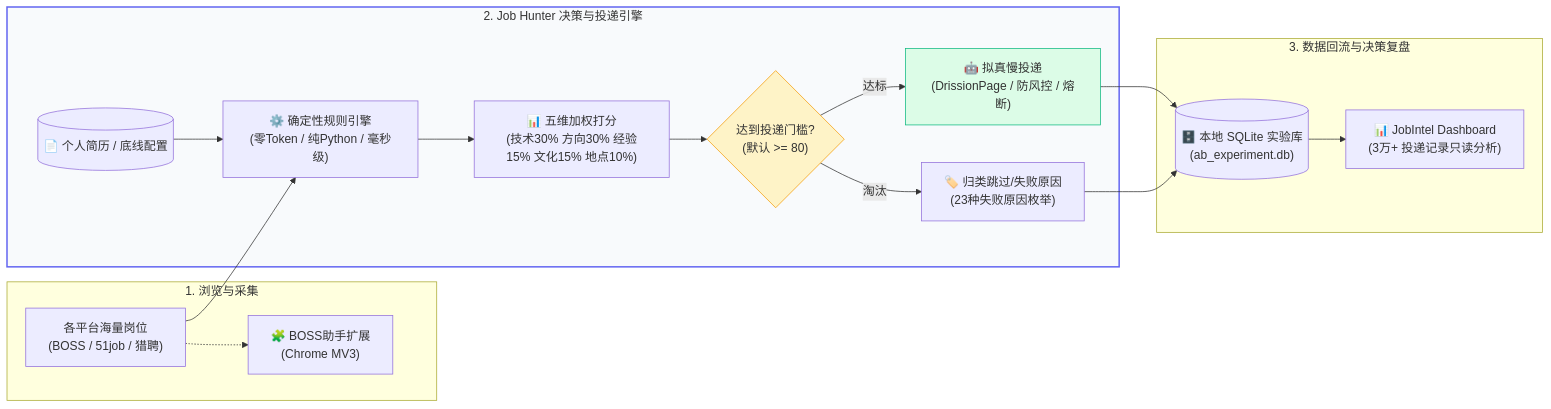
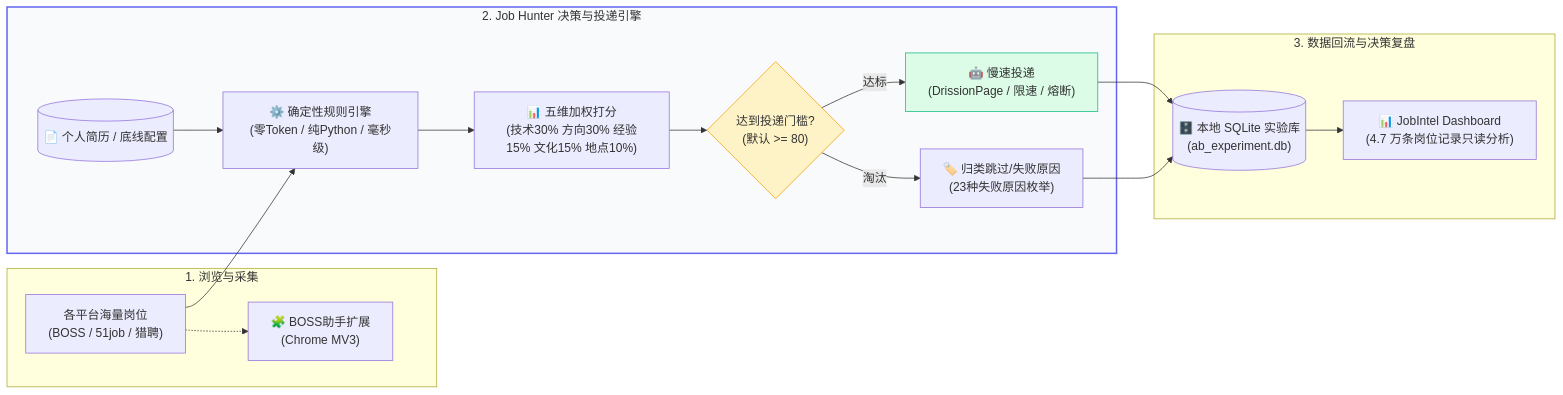
The diagram in README.md (Liooo0/job-hunter), drawn with Mermaid before and after one commit. The commit also changed other lines of this file, not shown here.

````diff
--- a/README.md
+++ b/README.md
@@ -39,36 +39,36 @@
 ```mermaid
 flowchart LR
     subgraph S1 ["1. 浏览与采集"]
         Ext["🧩 BOSS助手扩展<br/>(Chrome MV3)"]
         JD["各平台海量岗位<br/>(BOSS / 51job / 猎聘)"]
         JD -.-> Ext
     end
 
     subgraph S2 ["2. Job Hunter 决策与投递引擎"]
         Resume[("📄 个人简历 / 底线配置")]
         Engine["⚙️ 确定性规则引擎<br/>(零Token / 纯Python / 毫秒级)"]
         FiveD["📊 五维加权打分<br/>(技术30% 方向30% 经验15% 文化15% 地点10%)"]
         Gate{"达到投递门槛?<br/>(默认 >= 80)"}
-        Bot["🤖 拟真慢投递<br/>(DrissionPage / 防风控 / 熔断)"]
+        Bot["🤖 慢速投递<br>(DrissionPage / 限速 / 熔断)"]
         Skip["🏷️ 归类跳过/失败原因<br/>(23种失败原因枚举)"]
 
         JD --> Engine
         Resume --> Engine
         Engine --> FiveD --> Gate
         Gate -- "达标" --> Bot
         Gate -- "淘汰" --> Skip
     end
 
     subgraph S3 ["3. 数据回流与决策复盘"]
         DB[("🗄️ 本地 SQLite 实验库<br/>(ab_experiment.db)")]
-        Dash["📊 JobIntel Dashboard<br/>(3万+ 投递记录只读分析)"]
+        Dash["📊 JobIntel Dashboard<br/>(4.7 万条岗位记录只读分析)"]
 
         Bot --> DB
         Skip --> DB
         DB --> Dash
     end
 
     style S2 fill:#f8fafc,stroke:#6366f1,stroke-width:2px
     style Gate fill:#fef3c7,stroke:#f59e0b
     style Bot fill:#dcfce7,stroke:#10b981
 ```
````
